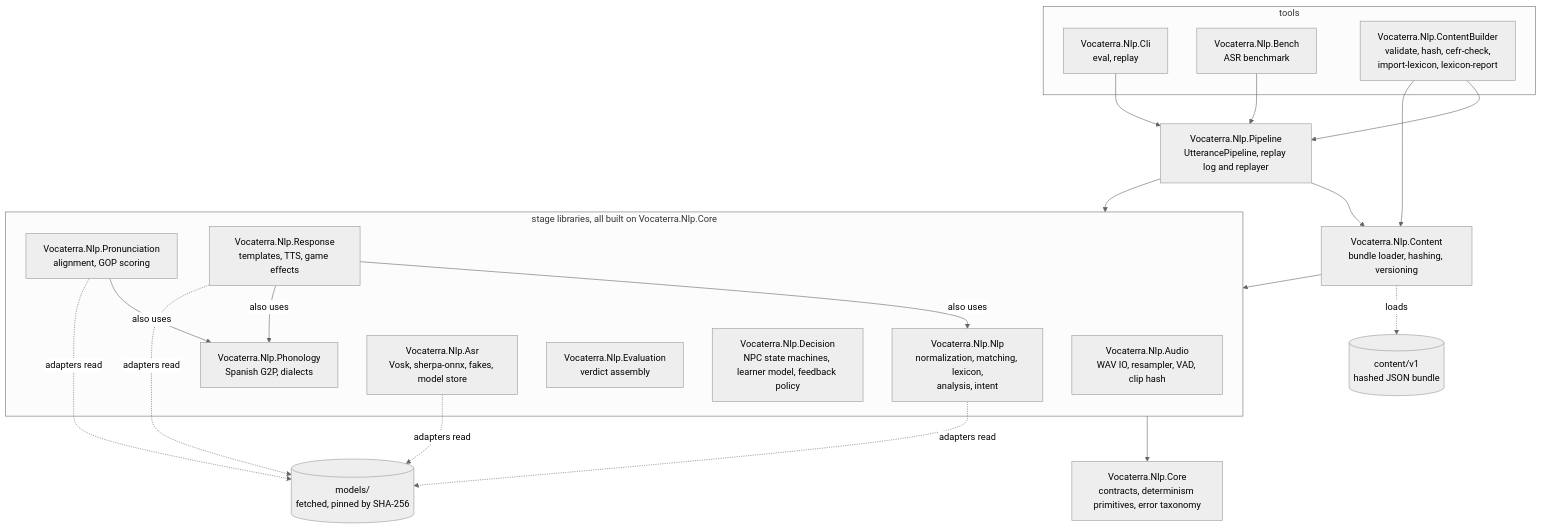
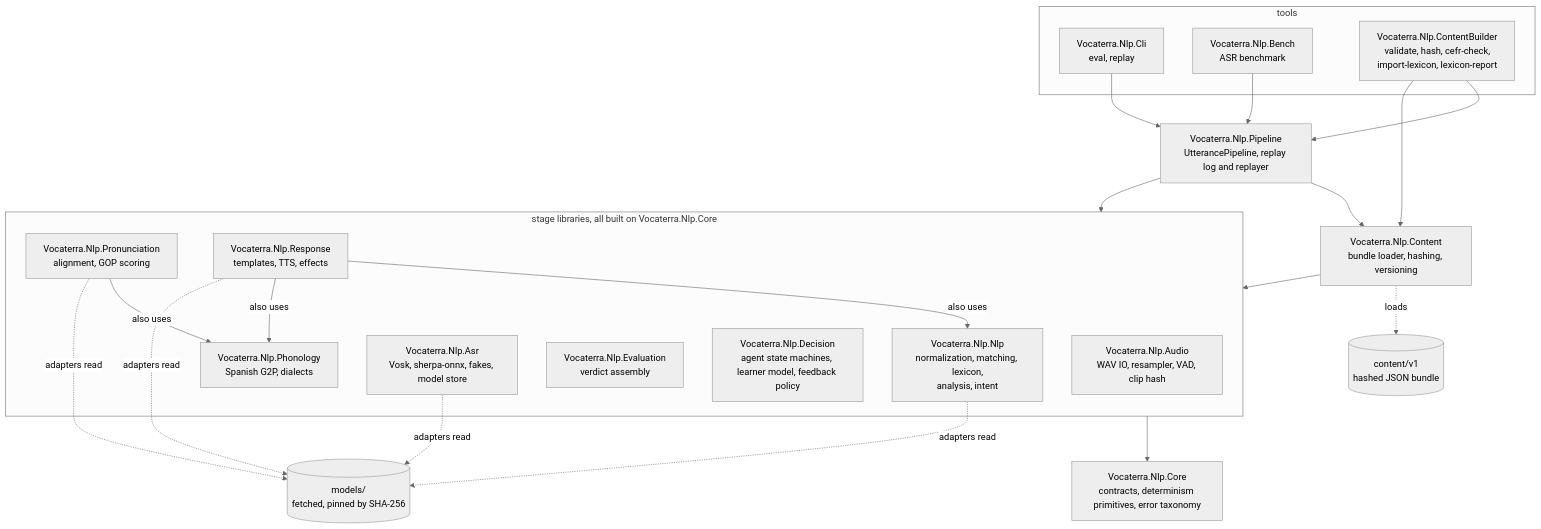
One commit to james-d12/Vocaterra changed the diagram in nlp/README.md. Above: the diagram before and after it, drawn with Mermaid (neutral theme). The commit also changed other lines of this file and 82 other files, not shown here.

````diff
--- a/nlp/README.md
+++ b/nlp/README.md
@@ -11,40 +19,40 @@
 ```mermaid
 flowchart TD
     subgraph TOOLS[tools]
         CLI[Vocaterra.Nlp.Cli<br/>eval, replay]
         BENCH[Vocaterra.Nlp.Bench<br/>ASR benchmark]
         BUILDER[Vocaterra.Nlp.ContentBuilder<br/>validate, hash, cefr-check,<br/>import-lexicon, lexicon-report]
     end
     PIPE[Vocaterra.Nlp.Pipeline<br/>UtterancePipeline, replay log and replayer]
     CONTENT[Vocaterra.Nlp.Content<br/>bundle loader, hashing, versioning]
     subgraph STAGES[stage libraries, all built on Vocaterra.Nlp.Core]
         AUDIO[Vocaterra.Nlp.Audio<br/>WAV IO, resampler, VAD, clip hash]
         PHON[Vocaterra.Nlp.Phonology<br/>Spanish G2P, dialects]
         NLP[Vocaterra.Nlp.Nlp<br/>normalization, matching, lexicon,<br/>analysis, intent]
         PRON[Vocaterra.Nlp.Pronunciation<br/>alignment, GOP scoring]
         ASR[Vocaterra.Nlp.Asr<br/>Vosk, sherpa-onnx, fakes, model store]
         EVAL[Vocaterra.Nlp.Evaluation<br/>verdict assembly]
-        DEC[Vocaterra.Nlp.Decision<br/>NPC state machines, learner model, feedback policy]
-        RESP[Vocaterra.Nlp.Response<br/>templates, TTS, game effects]
+        DEC[Vocaterra.Nlp.Decision<br/>agent state machines, learner model, feedback policy]
+        RESP[Vocaterra.Nlp.Response<br/>templates, TTS, effects]
     end
     CORE[Vocaterra.Nlp.Core<br/>contracts, determinism primitives, error taxonomy]
     BUNDLE[(content/v1<br/>hashed JSON bundle)]
     MODELS[(models/<br/>fetched, pinned by SHA-256)]
 
     CLI --> PIPE
     BENCH --> PIPE
     BUILDER --> PIPE
     BUILDER --> CONTENT
     PIPE --> CONTENT
     PIPE --> STAGES
     CONTENT --> STAGES
     STAGES --> CORE
     PRON -->|also uses| PHON
     RESP -->|also uses| NLP
     RESP -->|also uses| PHON
     CONTENT -.->|loads| BUNDLE
     ASR -.->|adapters read| MODELS
     PRON -.->|adapters read| MODELS
     NLP -.->|adapters read| MODELS
     RESP -.->|adapters read| MODELS
 ```
````
